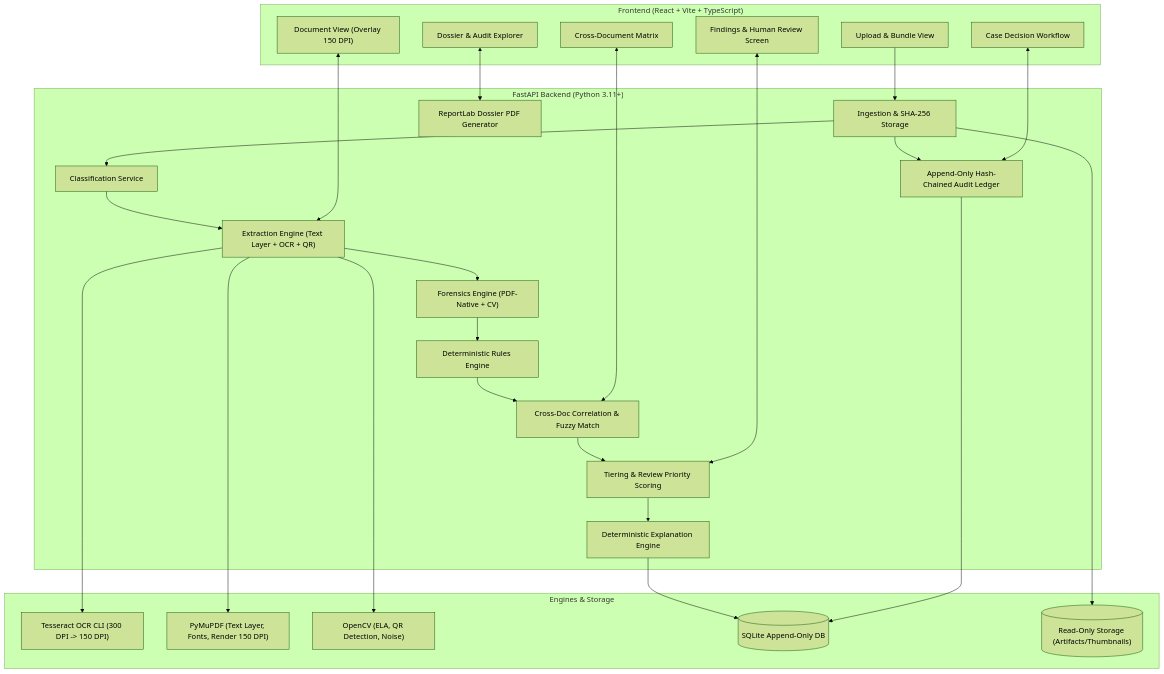
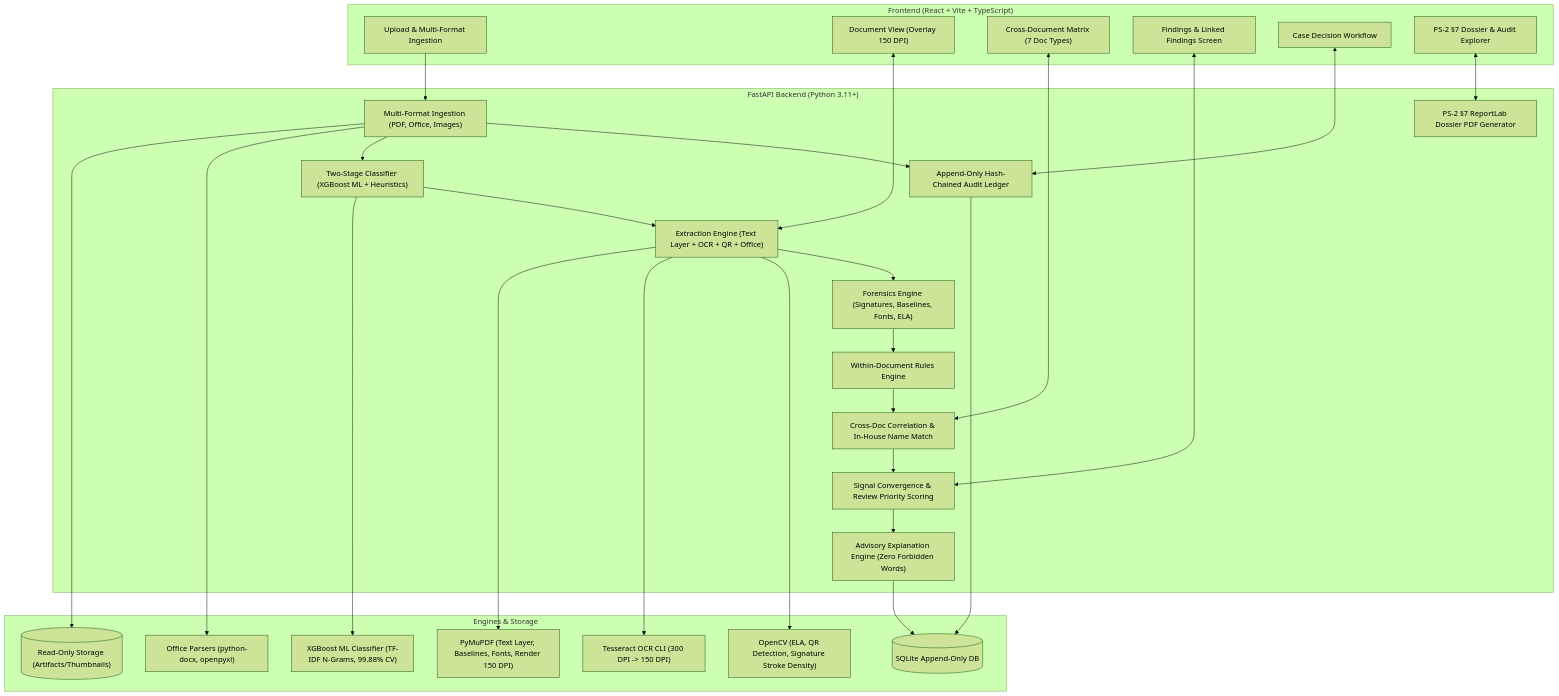
The diagram in docs/ARCHITECTURE.md (Karuna-Gawade/CyberPunk-), drawn with Mermaid (forest theme) before and after one commit. The commit also changed other lines of this file and 150 other files, not shown here.

First line of the commit message:
feat: implement PS-2 gap closure, hybrid classification, and universal OCR extraction

````diff
--- a/docs/ARCHITECTURE.md
+++ b/docs/ARCHITECTURE.md
@@ -6,54 +6,58 @@
 ```mermaid
 flowchart TD
     subgraph Client["Frontend (React + Vite + TypeScript)"]
-        UI_Upload["Upload & Bundle View"]
+        UI_Upload["Upload & Multi-Format Ingestion"]
         UI_Doc["Document View (Overlay 150 DPI)"]
-        UI_Cross["Cross-Document Matrix"]
-        UI_Review["Findings & Human Review Screen"]
+        UI_Cross["Cross-Document Matrix (7 Doc Types)"]
+        UI_Review["Findings & Linked Findings Screen"]
         UI_Decision["Case Decision Workflow"]
-        UI_Dossier["Dossier & Audit Explorer"]
+        UI_Dossier["PS-2 §7 Dossier & Audit Explorer"]
     end
 
     subgraph API["FastAPI Backend (Python 3.11+)"]
-        Endpoint_Ingest["Ingestion & SHA-256 Storage"]
-        Endpoint_Classify["Classification Service"]
-        Endpoint_Extract["Extraction Engine (Text Layer + OCR + QR)"]
-        Endpoint_Forensics["Forensics Engine (PDF-Native + CV)"]
-        Endpoint_Rules["Deterministic Rules Engine"]
-        Endpoint_Correlation["Cross-Doc Correlation & Fuzzy Match"]
-        Endpoint_Escalate["Tiering & Review Priority Scoring"]
-        Endpoint_Templates["Deterministic Explanation Engine"]
+        Endpoint_Ingest["Multi-Format Ingestion (PDF, Office, Images)"]
+        Endpoint_Classify["Two-Stage Classifier (XGBoost ML + Heuristics)"]
+        Endpoint_Extract["Extraction Engine (Text Layer + OCR + QR + Office)"]
+        Endpoint_Forensics["Forensics Engine (Signatures, Baselines, Fonts, ELA)"]
+        Endpoint_Rules["Within-Document Rules Engine"]
+        Endpoint_Correlation["Cross-Doc Correlation & In-House Name Match"]
+        Endpoint_Escalate["Signal Convergence & Review Priority Scoring"]
+        Endpoint_Templates["Advisory Explanation Engine (Zero Forbidden Words)"]
         Endpoint_Audit["Append-Only Hash-Chained Audit Ledger"]
-        Endpoint_Dossier["ReportLab Dossier PDF Generator"]
+        Endpoint_Dossier["PS-2 §7 ReportLab Dossier PDF Generator"]
     end
 
     subgraph Engines["Engines & Storage"]
+        XGBoost_Model["XGBoost ML Classifier (TF-IDF N-Grams, 99.88% CV)"]
+        Office_Parsers["Office Parsers (python-docx, openpyxl)"]
         Tesseract_CLI["Tesseract OCR CLI (300 DPI -> 150 DPI)"]
-        PyMuPDF["PyMuPDF (Text Layer, Fonts, Render 150 DPI)"]
-        OpenCV["OpenCV (ELA, QR Detection, Noise)"]
+        PyMuPDF["PyMuPDF (Text Layer, Baselines, Fonts, Render 150 DPI)"]
+        OpenCV["OpenCV (ELA, QR Detection, Signature Stroke Density)"]
         SQLite[("SQLite Append-Only DB")]
         Disk[("Read-Only Storage (Artifacts/Thumbnails)")]
     end
 
     UI_Upload --> Endpoint_Ingest
     Endpoint_Ingest --> Disk
+    Endpoint_Ingest --> Office_Parsers
     Endpoint_Ingest --> Endpoint_Classify
+    Endpoint_Classify --> XGBoost_Model
     Endpoint_Classify --> Endpoint_Extract
     Endpoint_Extract --> PyMuPDF
     Endpoint_Extract --> Tesseract_CLI
     Endpoint_Extract --> OpenCV
     Endpoint_Extract --> Endpoint_Forensics
     Endpoint_Forensics --> Endpoint_Rules
     Endpoint_Rules --> Endpoint_Correlation
     Endpoint_Correlation --> Endpoint_Escalate
     Endpoint_Escalate --> Endpoint_Templates
     Endpoint_Templates --> SQLite
     Endpoint_Ingest --> Endpoint_Audit
     Endpoint_Audit --> SQLite
 
     UI_Doc <--> Endpoint_Extract
     UI_Cross <--> Endpoint_Correlation
     UI_Review <--> Endpoint_Escalate
     UI_Decision <--> Endpoint_Audit
     UI_Dossier <--> Endpoint_Dossier
 ```
````
